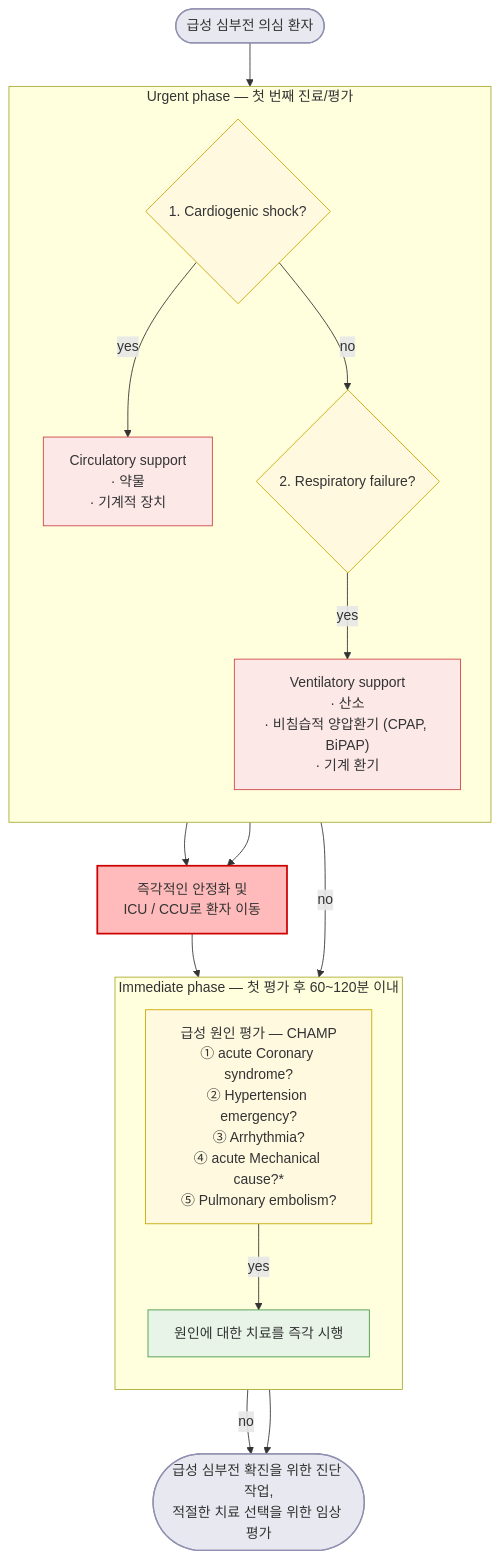
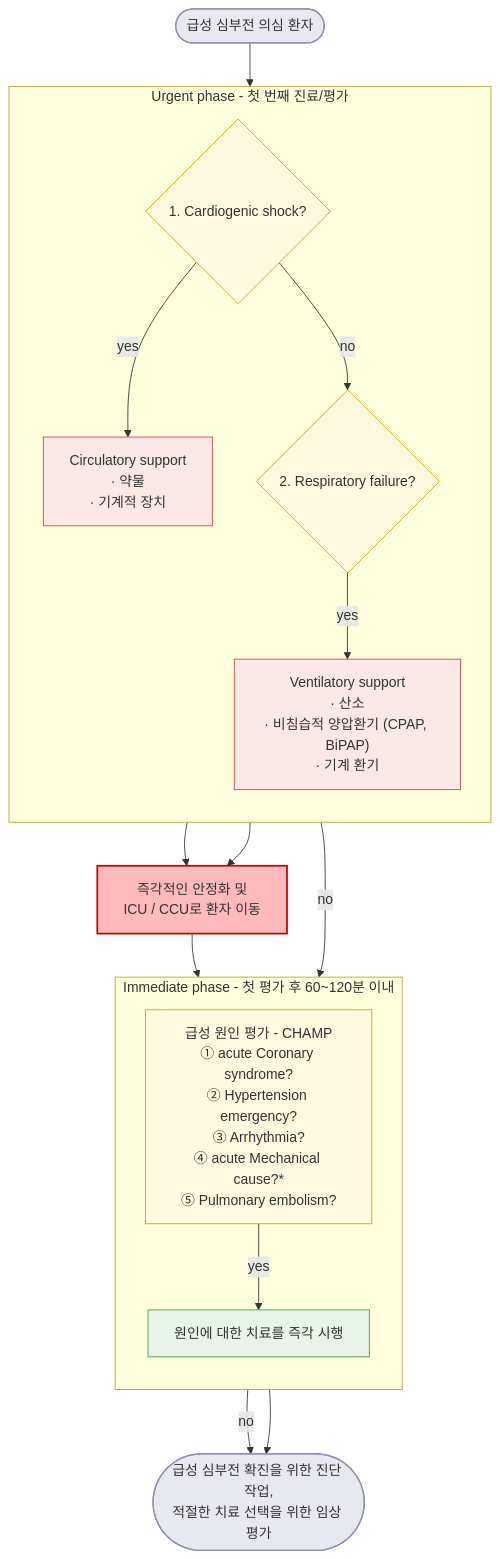
The second of 6 diagrams in 225_/098_-heart-failure.md (familyoh77/familyoh77), drawn with Mermaid before and after one commit. The commit also changed other lines of this file, not shown here.

````diff
--- a/225_/098_-heart-failure.md
+++ b/225_/098_-heart-failure.md
@@ -176,43 +176,43 @@
 ```mermaid
 flowchart TD
     START(["급성 심부전 의심 환자"])
     style START fill:#e8e8f0,stroke:#9090b0,stroke-width:1.5px
 
-    subgraph URGENT["Urgent phase — 첫 번째 진료/평가"]
+    subgraph URGENT["Urgent phase - 첫 번째 진료/평가"]
         direction TB
         Q1{"1. Cardiogenic shock?"}
         style Q1 fill:#fff9e0,stroke:#c8a800,stroke-width:1px
         CIRC["Circulatory support\n· 약물\n· 기계적 장치"]
         style CIRC fill:#fde8e8,stroke:#cc4444,stroke-width:1px
         Q2{"2. Respiratory failure?"}
         style Q2 fill:#fff9e0,stroke:#c8a800,stroke-width:1px
         VENT["Ventilatory support\n· 산소\n· 비침습적 양압환기 (CPAP, BiPAP)\n· 기계 환기"]
         style VENT fill:#fde8e8,stroke:#cc4444,stroke-width:1px
     end
 
     ICU["즉각적인 안정화 및\nICU / CCU로 환자 이동"]
     style ICU fill:#fbb,stroke:#c00,stroke-width:2px
 
-    subgraph IMMEDIATE["Immediate phase — 첫 평가 후 60~120분 이내"]
+    subgraph IMMEDIATE["Immediate phase - 첫 평가 후 60~120분 이내"]
         direction TB
-        CAUSE["급성 원인 평가 — CHAMP\n① acute Coronary syndrome?\n② Hypertension emergency?\n③ Arrhythmia?\n④ acute Mechanical cause?*\n⑤ Pulmonary embolism?"]
+        CAUSE["급성 원인 평가 - CHAMP\n① acute Coronary syndrome?\n② Hypertension emergency?\n③ Arrhythmia?\n④ acute Mechanical cause?*\n⑤ Pulmonary embolism?"]
         style CAUSE fill:#fff9e0,stroke:#c8a800,stroke-width:1px
         TREAT["원인에 대한 치료를 즉각 시행"]
         style TREAT fill:#e8f4e8,stroke:#449944,stroke-width:1px
     end
 
     WORKUP(["급성 심부전 확진을 위한 진단 작업,\n적절한 치료 선택을 위한 임상 평가"])
     style WORKUP fill:#e8e8f0,stroke:#9090b0,stroke-width:1.5px
 
     START --> Q1
     Q1 -->|yes| CIRC
     Q1 -->|no| Q2
     CIRC --> ICU
     Q2 -->|yes| VENT
     Q2 -->|no| IMMEDIATE
     VENT --> ICU
     ICU --> IMMEDIATE
     CAUSE -->|yes| TREAT
     CAUSE -->|no| WORKUP
     TREAT --> WORKUP
 ```
````
